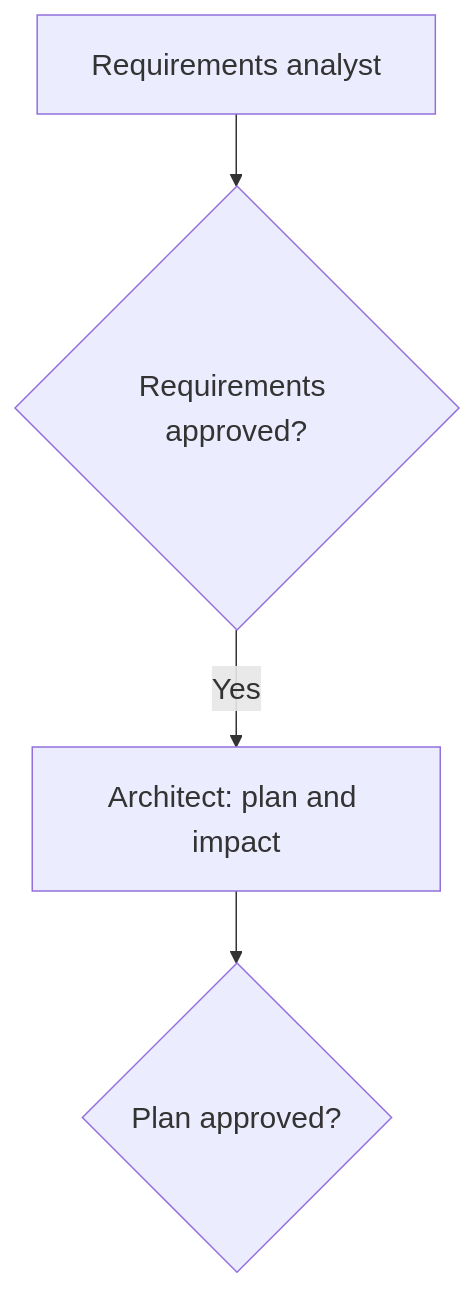
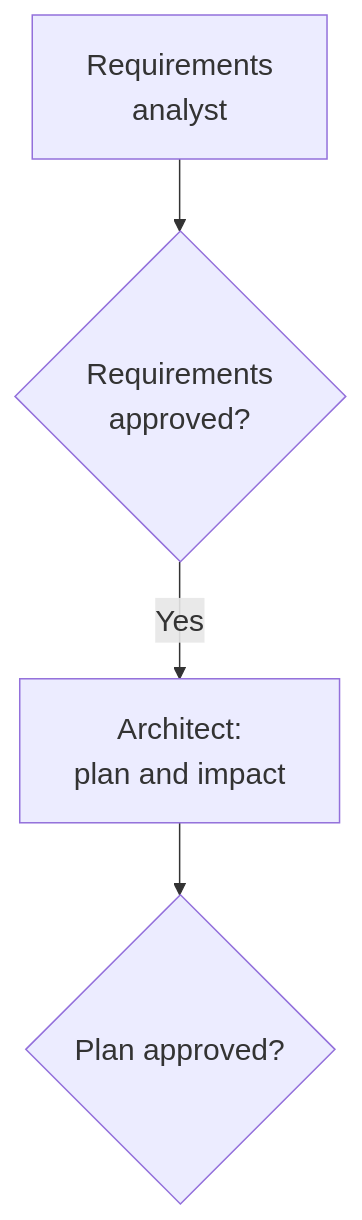
Before and after one commit to kcskribbl/canopy-agentic-sdlc: the first of 4 diagrams in README.md, drawn with Mermaid. The commit also changed other lines of this file, not shown here.

First line of the commit message:
Wrap long labels in README Mermaid diagrams

````diff
--- a/README.md
+++ b/README.md
@@ -120,15 +120,15 @@
 ```mermaid
 %%{init: {"themeVariables":{"fontSize":"20px"},"flowchart":{"nodeSpacing":55,"rankSpacing":48,"padding":18}}}%%
 flowchart TD
-    A["Requirements analyst"]
+    A["Requirements<br/>analyst"]
 
-    B{"Requirements approved?"}
+    B{"Requirements<br/>approved?"}
 
-    C["Architect: plan and impact"]
+    C["Architect:<br/>plan and impact"]
 
     D{"Plan approved?"}
 
     A --> B
     B -->|Yes| C
     C --> D
 ```
````
